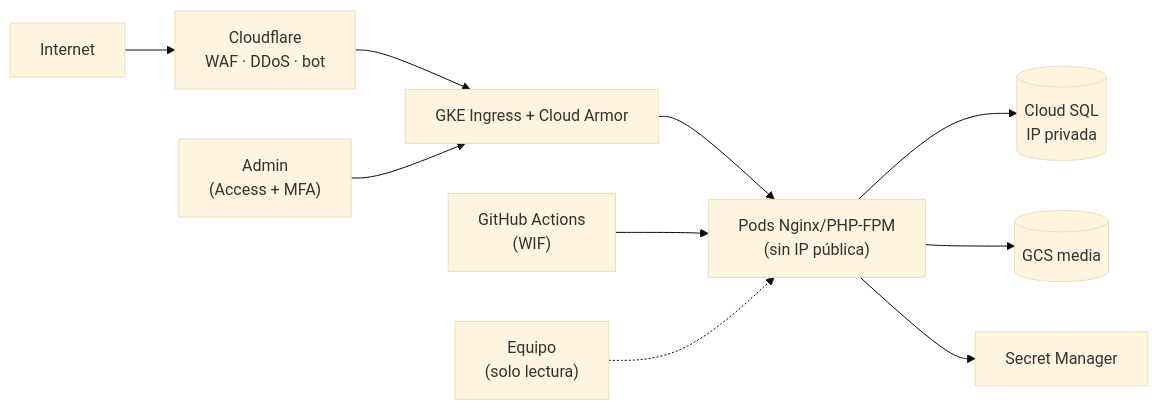
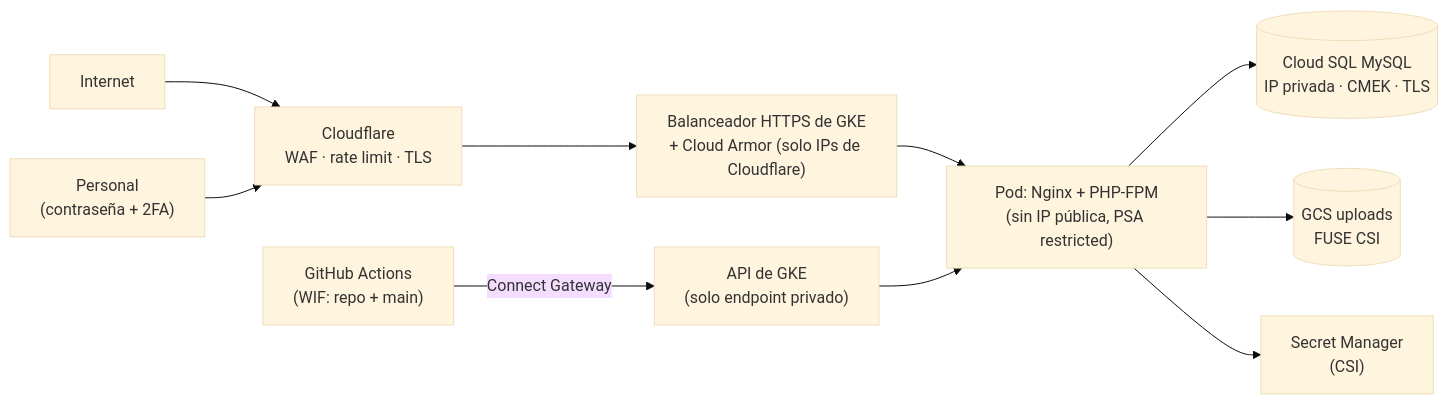
The diagram in docs/04-ciberdefensa/superficie-ataque.md (Joliva07/ProyectoFinal_SeguridadEnAplicaciones), drawn with Mermaid (base theme) before and after one commit. The commit also changed other lines of this file and 3 other files, not shown here.

````diff
--- a/docs/04-ciberdefensa/superficie-ataque.md
+++ b/docs/04-ciberdefensa/superficie-ataque.md
@@ -7,12 +7,12 @@
 ```mermaid
 flowchart LR
-    I["Internet"] --> CF["Cloudflare<br/>WAF · DDoS · bot"]
-    CF --> LB["GKE Ingress + Cloud Armor"]
-    LB --> POD["Pods Nginx/PHP-FPM<br/>(sin IP pública)"]
-    POD --> DB[("Cloud SQL<br/>IP privada")]
-    POD --> GCS[("GCS media")]
-    POD --> SM["Secret Manager"]
-    ADM["Admin<br/>(Access + MFA)"] --> LB
-    CI["GitHub Actions<br/>(WIF)"] --> POD
-    OPS["Equipo<br/>(solo lectura)"] -.-> POD
+    I["Internet"] --> CF["Cloudflare<br/>WAF · rate limit · TLS"]
+    CF --> LB["Balanceador HTTPS de GKE<br/>+ Cloud Armor (solo IPs de Cloudflare)"]
+    LB --> POD["Pod: Nginx + PHP-FPM<br/>(sin IP pública, PSA restricted)"]
+    POD --> DB[("Cloud SQL MySQL<br/>IP privada · CMEK · TLS")]
+    POD --> GCS[("GCS uploads<br/>FUSE CSI")]
+    POD --> SM["Secret Manager<br/>(CSI)"]
+    ADM["Personal<br/>(contraseña + 2FA)"] --> CF
+    CI["GitHub Actions<br/>(WIF: repo + main)"] -->|Connect Gateway| K8S["API de GKE<br/>(solo endpoint privado)"]
+    K8S --> POD
 ```
````
